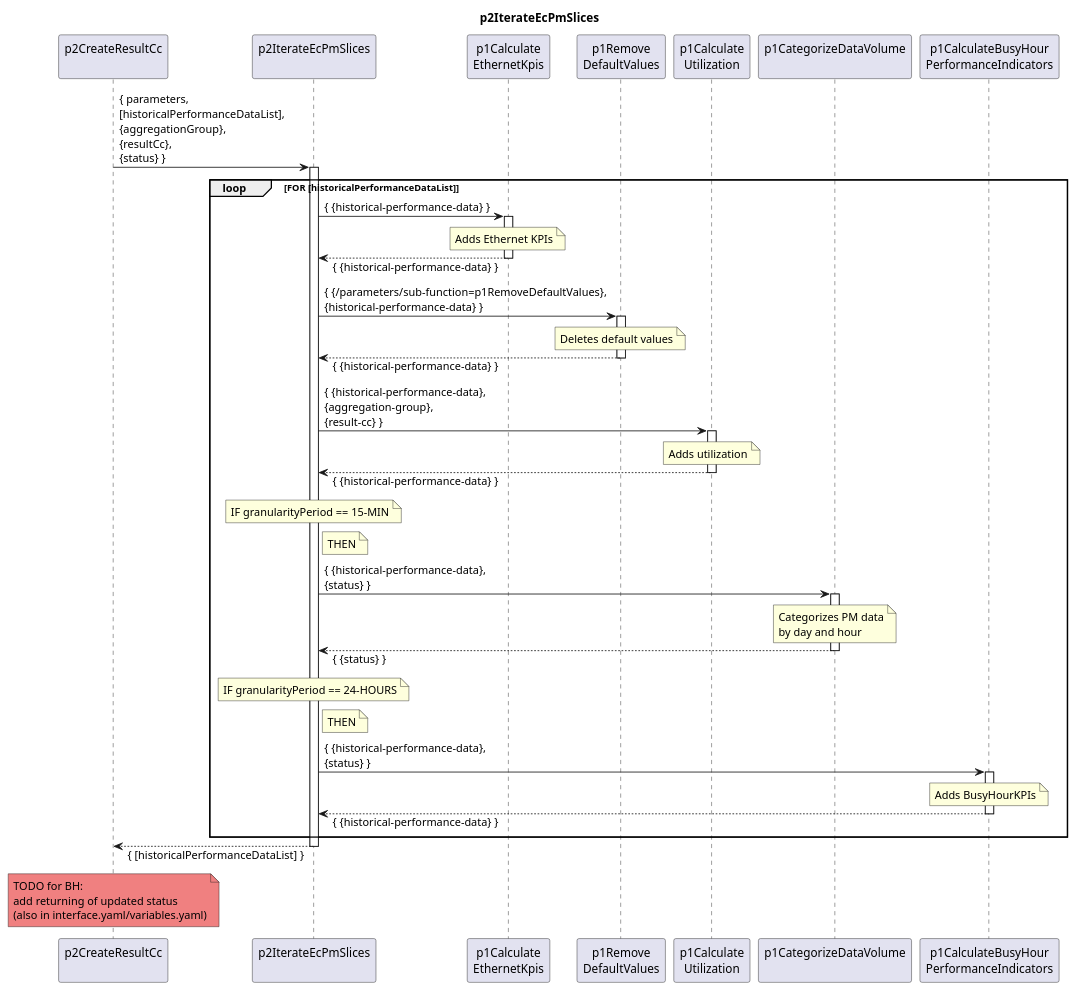
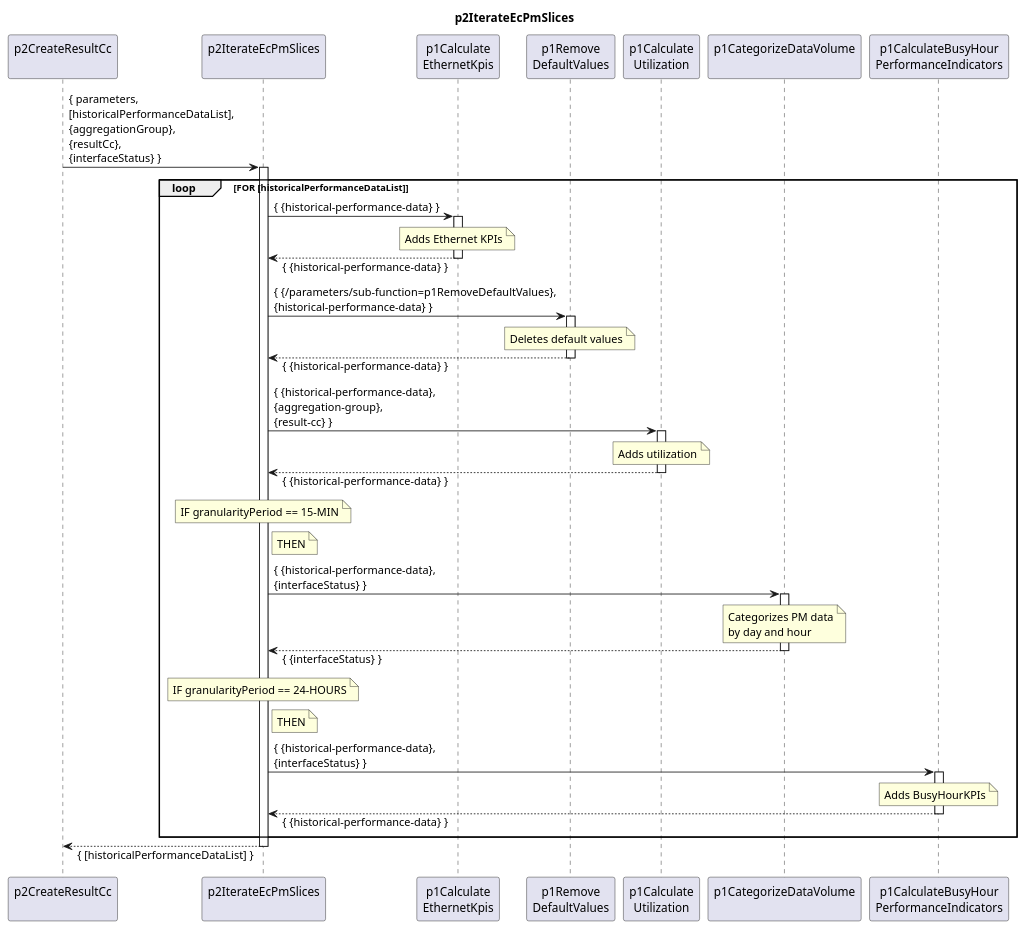
One commit to openBackhaul/DevicePerformanceManagementDataProcessor changed the diagram in spec/Functions/p1StreamPmData/p2ProcessDevice/p2CreateResultCc/p2IterateEcPmSlices/1.0.0/p2IterateEcPmSlices.plantuml. Above: the diagram before and after it, drawn with PlantUML. The commit also changed 8 other files, not shown here.

Commit message:
Specify bh changes in p2IterateEcPmSlices

```diff
--- a/spec/Functions/p1StreamPmData/p2ProcessDevice/p2CreateResultCc/p2IterateEcPmSlices/1.0.0/p2IterateEcPmSlices.plantuml
+++ b/spec/Functions/p1StreamPmData/p2ProcessDevice/p2CreateResultCc/p2IterateEcPmSlices/1.0.0/p2IterateEcPmSlices.plantuml
@@ -1,93 +1,86 @@
 @startuml p2IterateEcPmSlices
 skinparam responseMessageBelowArrow true
 
 title
   p2IterateEcPmSlices
 end title
 
 participant "p2CreateResultCc\n" as cur
 
 participant "p2IterateEcPmSlices\n" as iterateSlices
 participant "p1Calculate\nEthernetKpis" as intCC
 participant "p1Remove\nDefaultValues" as p1RemDefault
 participant "p1Calculate\nUtilization" as p1CalcUtil
 participant "p1CategorizeDataVolume\n" as p1CatDataVo
 participant "p1CalculateBusyHour\nPerformanceIndicators" as p1CalcBH
 
-cur -> iterateSlices : { parameters,\n[historicalPerformanceDataList],\n{aggregationGroup},\n{resultCc},\n{status} }
+cur -> iterateSlices : { parameters,\n[historicalPerformanceDataList],\n{aggregationGroup},\n{resultCc},\n{interfaceStatus} }
 activate iterateSlices
 
   loop FOR [historicalPerformanceDataList]
 
     iterateSlices -> intCC : { {historical-performance-data} }
     activate intCC
       note over intCC
         Adds Ethernet KPIs
       end note
     iterateSlices <-- intCC: { {historical-performance-data} }
     deactivate intCC
 
     iterateSlices -> p1RemDefault : { {/parameters/sub-function=p1RemoveDefaultValues},\n{historical-performance-data} }
     activate p1RemDefault
       note over p1RemDefault
         Deletes default values
       end note
     iterateSlices <-- p1RemDefault: { {historical-performance-data} }
     deactivate p1RemDefault
 
     iterateSlices -> p1CalcUtil : { {historical-performance-data},\n{aggregation-group},\n{result-cc} }
     activate p1CalcUtil
       note over p1CalcUtil
         Adds utilization
       end note
     iterateSlices <-- p1CalcUtil: { {historical-performance-data} }
     deactivate p1CalcUtil
 
     note over iterateSlices
       IF granularityPeriod == 15-MIN
     end note
 
     note right iterateSlices
       THEN
     end note
 
-    iterateSlices -> p1CatDataVo : { {historical-performance-data},\n{status} }
+    iterateSlices -> p1CatDataVo : { {historical-performance-data},\n{interfaceStatus} }
     activate p1CatDataVo
       note over p1CatDataVo
         Categorizes PM data
         by day and hour
       end note
-    iterateSlices <-- p1CatDataVo: { {status} }
+    iterateSlices <-- p1CatDataVo: { {interfaceStatus} }
     deactivate p1CatDataVo
 
     note over iterateSlices
       IF granularityPeriod == 24-HOURS
     end note
 
     note right iterateSlices
       THEN
     end note
 
-    iterateSlices -> p1CalcBH : { {historical-performance-data},\n{status} }
+    iterateSlices -> p1CalcBH : { {historical-performance-data},\n{interfaceStatus} }
     activate p1CalcBH
       note over p1CalcBH
         Adds BusyHourKPIs
       end note
     iterateSlices <-- p1CalcBH: { {historical-performance-data} }
     deactivate p1CalcBH
 
   end loop
 
 cur <-- iterateSlices : { [historicalPerformanceDataList] }
 deactivate iterateSlices
 
-note over cur #LightCoral
-  TODO for BH:
-  add returning of updated status
-  (also in interface.yaml/variables.yaml)
-end note
-
-
 deactivate cur
 
 @enduml
```
